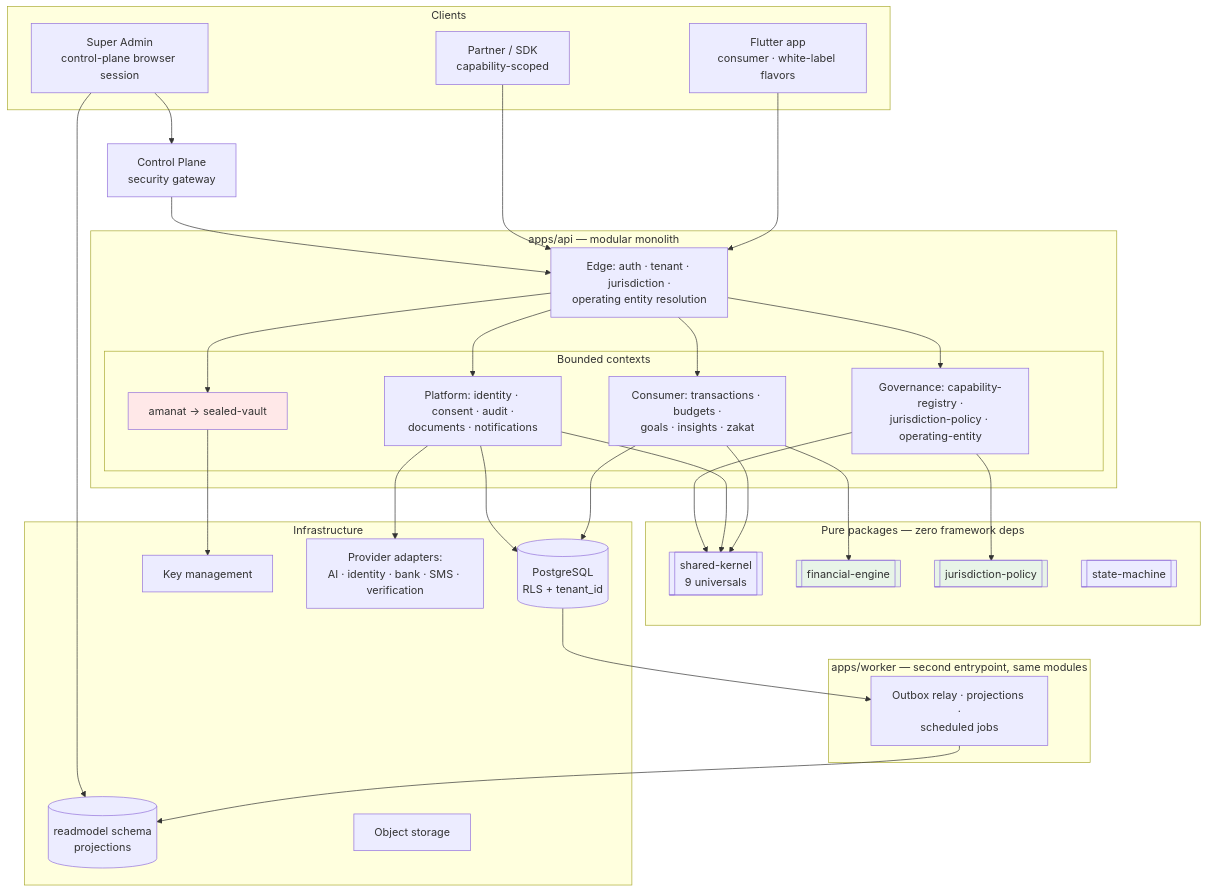
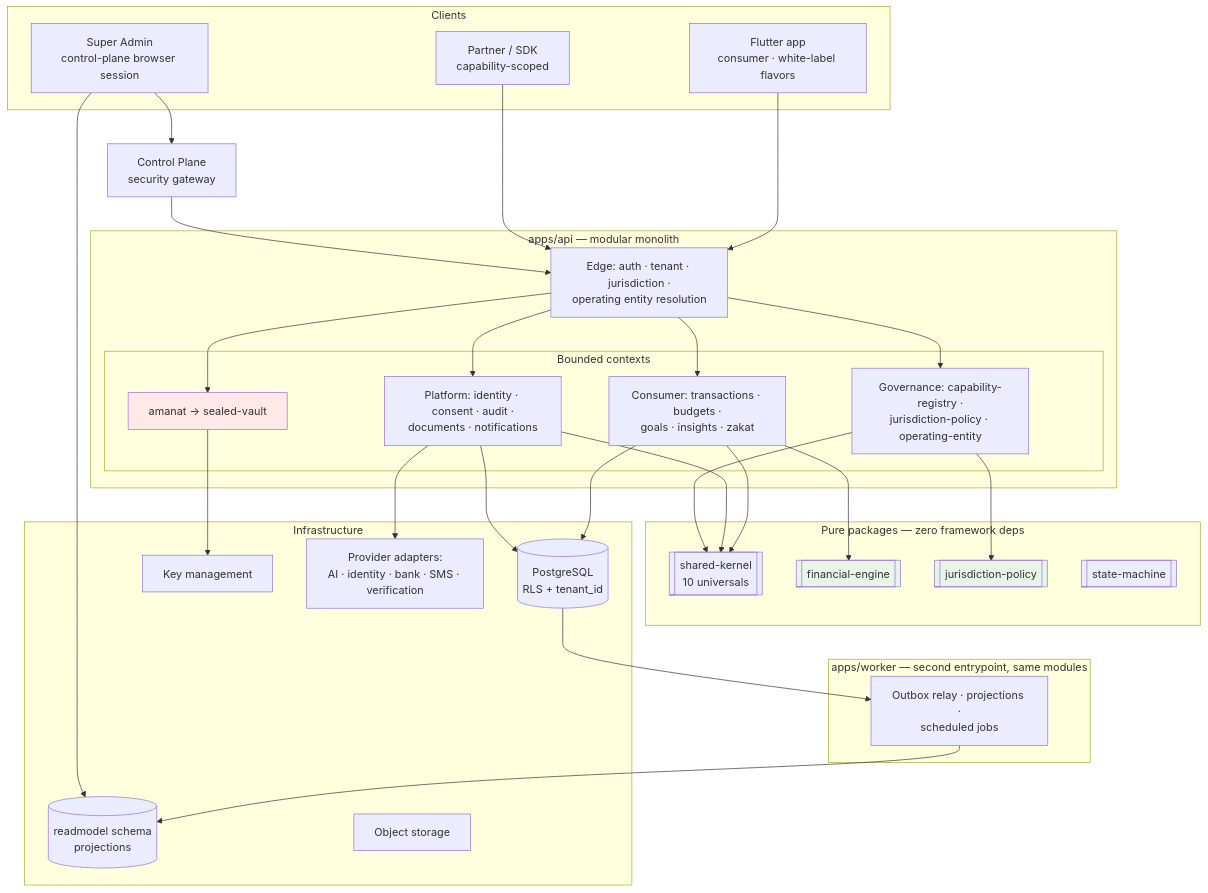
The diagram in docs/architecture/overview.md (MoayadAlobaidi/Karar-Flutter-version), drawn with Mermaid before and after one commit. The commit also changed other lines of this file and 24 other files, not shown here.

````diff
--- a/docs/architecture/overview.md
+++ b/docs/architecture/overview.md
@@ -66,56 +66,56 @@
 ```mermaid
 graph TB
     subgraph Clients
         FL[Flutter app<br/>consumer · white-label flavors]
         AD[Super Admin<br/>control-plane browser session]
         PT[Partner / SDK<br/>capability-scoped]
     end
 
     subgraph "apps/api — modular monolith"
         EDGE[Edge: auth · tenant · jurisdiction ·<br/>operating entity resolution]
         subgraph "Bounded contexts"
             CONS[Consumer: transactions · budgets ·<br/>goals · insights · zakat]
             PLAT[Platform: identity · consent · audit ·<br/>documents · notifications]
             GOV[Governance: capability-registry ·<br/>jurisdiction-policy · operating-entity]
             SEAL[amanat → sealed-vault]
         end
     end
 
     subgraph "Pure packages — zero framework deps"
-        SK[[shared-kernel<br/>9 universals]]
+        SK[[shared-kernel<br/>10 universals]]
         FE[[financial-engine]]
         JP[[jurisdiction-policy]]
         SM[[state-machine]]
     end
 
     subgraph "apps/worker — second entrypoint, same modules"
         JOBS[Outbox relay · projections ·<br/>scheduled jobs]
     end
 
     subgraph Infrastructure
         PG[(PostgreSQL<br/>RLS + tenant_id)]
         RM[(readmodel schema<br/>projections)]
         OS[Object storage]
         KMS[Key management]
         PROV[Provider adapters:<br/>AI · identity · bank · SMS · verification]
     end
 
     FL --> EDGE
     PT --> EDGE
     AD --> CP[Control Plane<br/>security gateway]
     CP --> EDGE
     EDGE --> CONS & PLAT & GOV & SEAL
     CONS --> FE
     GOV --> JP
     CONS & PLAT & GOV --> SK
     SEAL --> KMS
     CONS & PLAT --> PG
     JOBS --> RM
     AD --> RM
     PLAT --> PROV
     PG --> JOBS
 
     style SEAL fill:#ffe8e8
     style FE fill:#e8f4e8
     style JP fill:#e8f4e8
 ```
````
